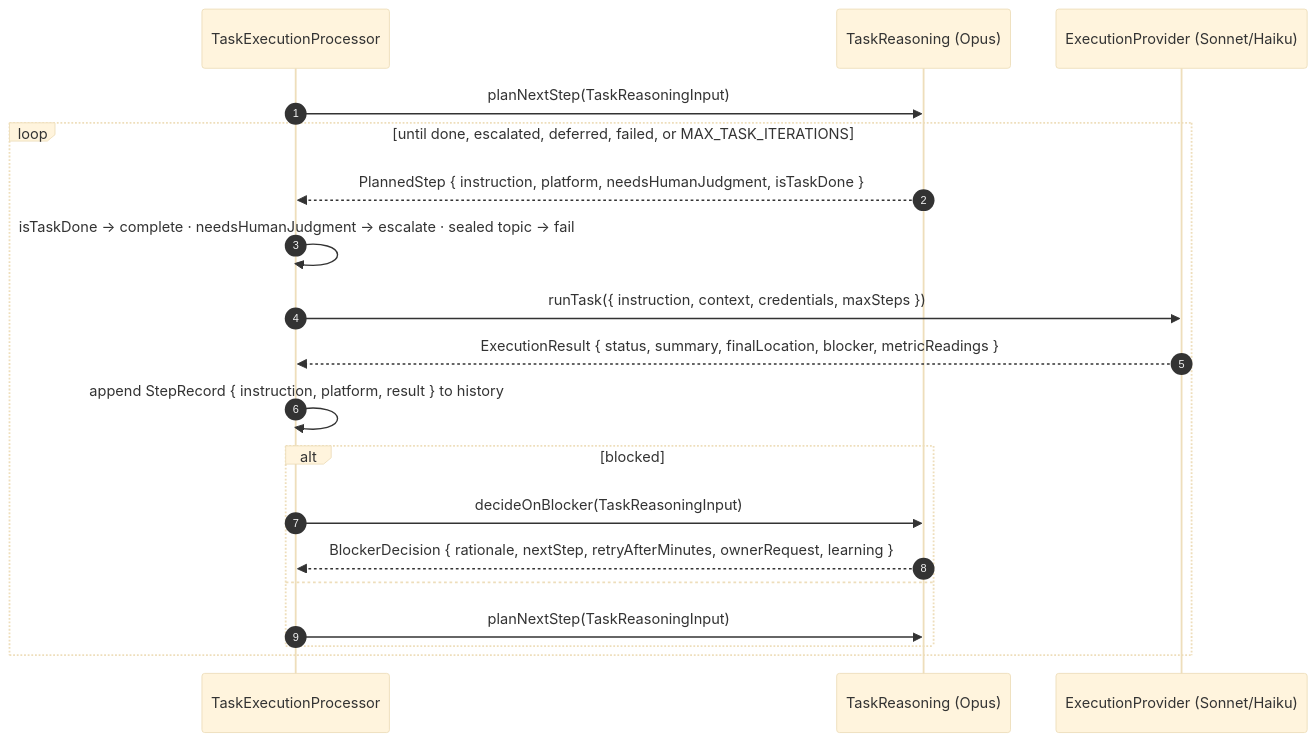
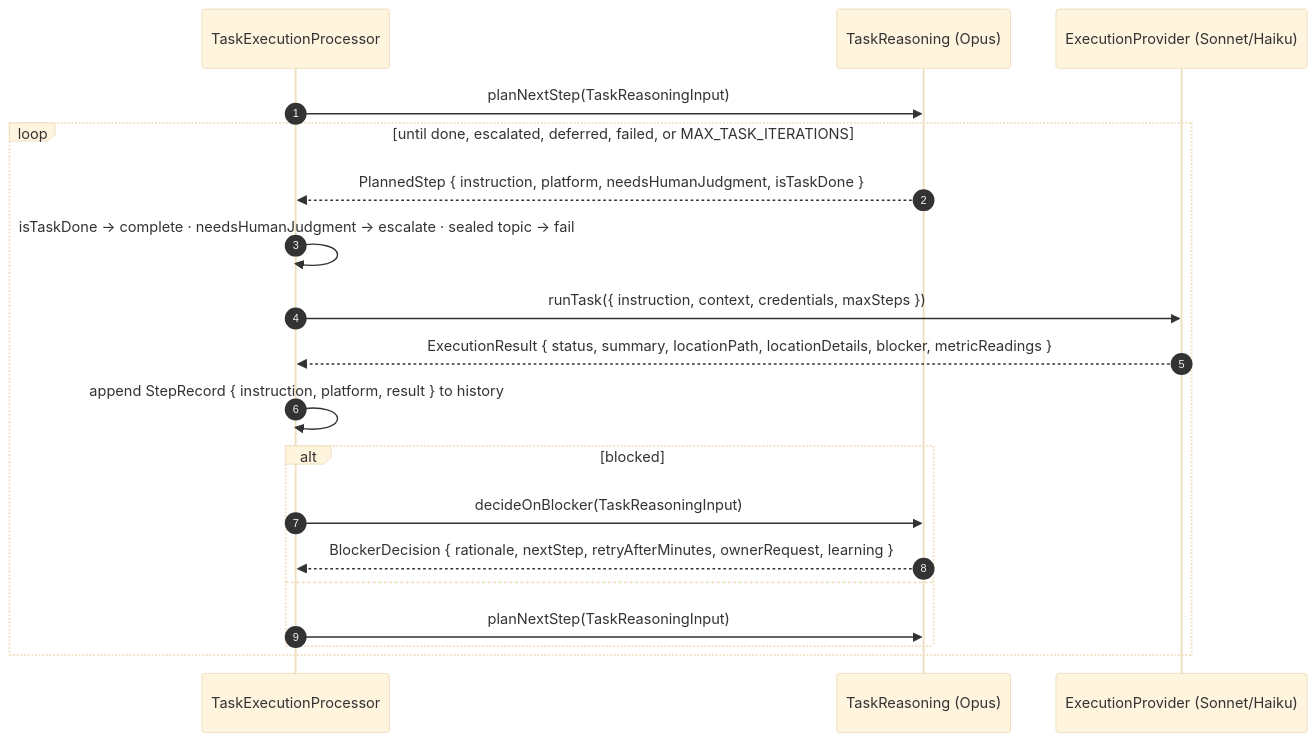
The fifth of 5 diagrams in packages/backend/src/reasoning/tech-spec.md (BaraaSoft/agentcores), drawn with Mermaid (base theme) before and after one commit. The commit also changed other lines of this file and 12 other files, not shown here.

First line of the commit message:
Enhance task entity and execution processes with location tracking

````diff
--- a/packages/backend/src/reasoning/tech-spec.md
+++ b/packages/backend/src/reasoning/tech-spec.md
@@ -218,22 +218,22 @@
 ```mermaid
 sequenceDiagram
     autonumber
     participant P as TaskExecutionProcessor
     participant T as TaskReasoning (Opus)
     participant X as ExecutionProvider (Sonnet/Haiku)
 
     P->>T: planNextStep(TaskReasoningInput)
     loop until done, escalated, deferred, failed, or MAX_TASK_ITERATIONS
         T-->>P: PlannedStep { instruction, platform, needsHumanJudgment, isTaskDone }
         P->>P: isTaskDone → complete · needsHumanJudgment → escalate · sealed topic → fail
         P->>X: runTask({ instruction, context, credentials, maxSteps })
-        X-->>P: ExecutionResult { status, summary, finalLocation, blocker, metricReadings }
+        X-->>P: ExecutionResult { status, summary, locationPath, locationDetails, blocker, metricReadings }
         P->>P: append StepRecord { instruction, platform, result } to history
         alt blocked
             P->>T: decideOnBlocker(TaskReasoningInput)
             T-->>P: BlockerDecision { rationale, nextStep, retryAfterMinutes, ownerRequest, learning }
         else
             P->>T: planNextStep(TaskReasoningInput)
         end
     end
 ```
````
